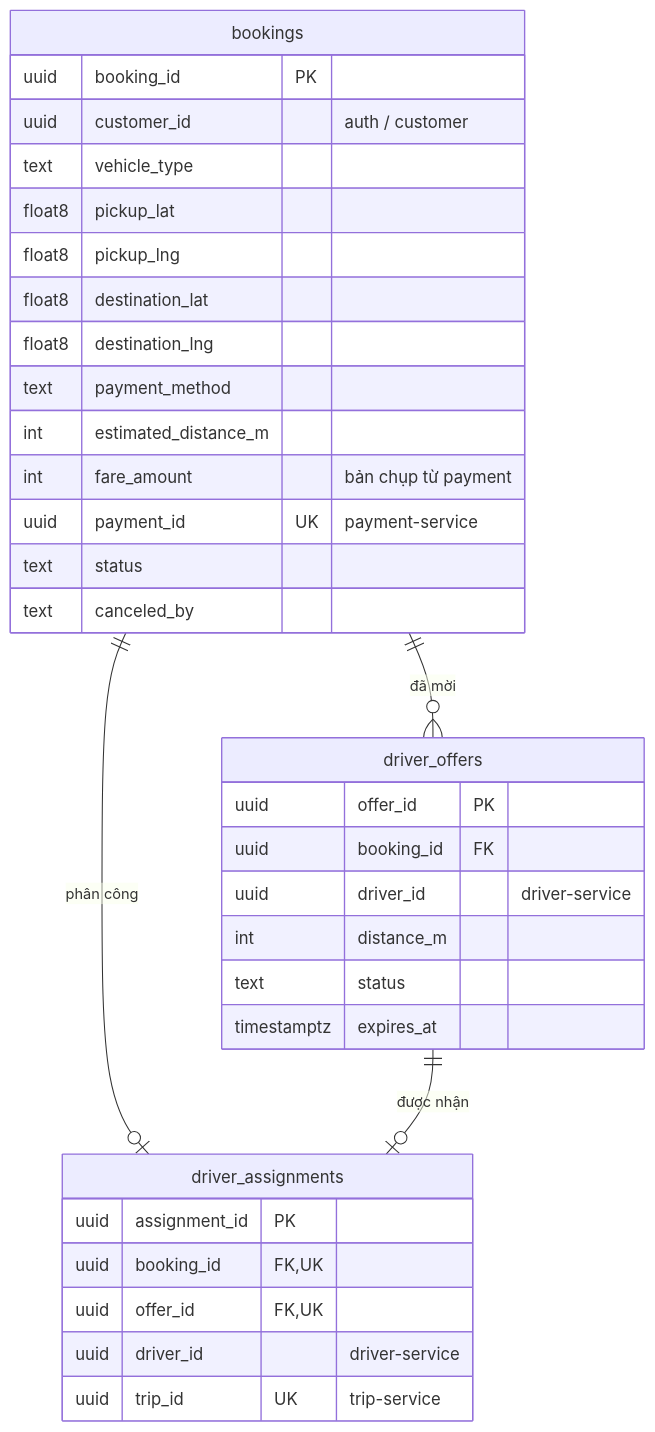
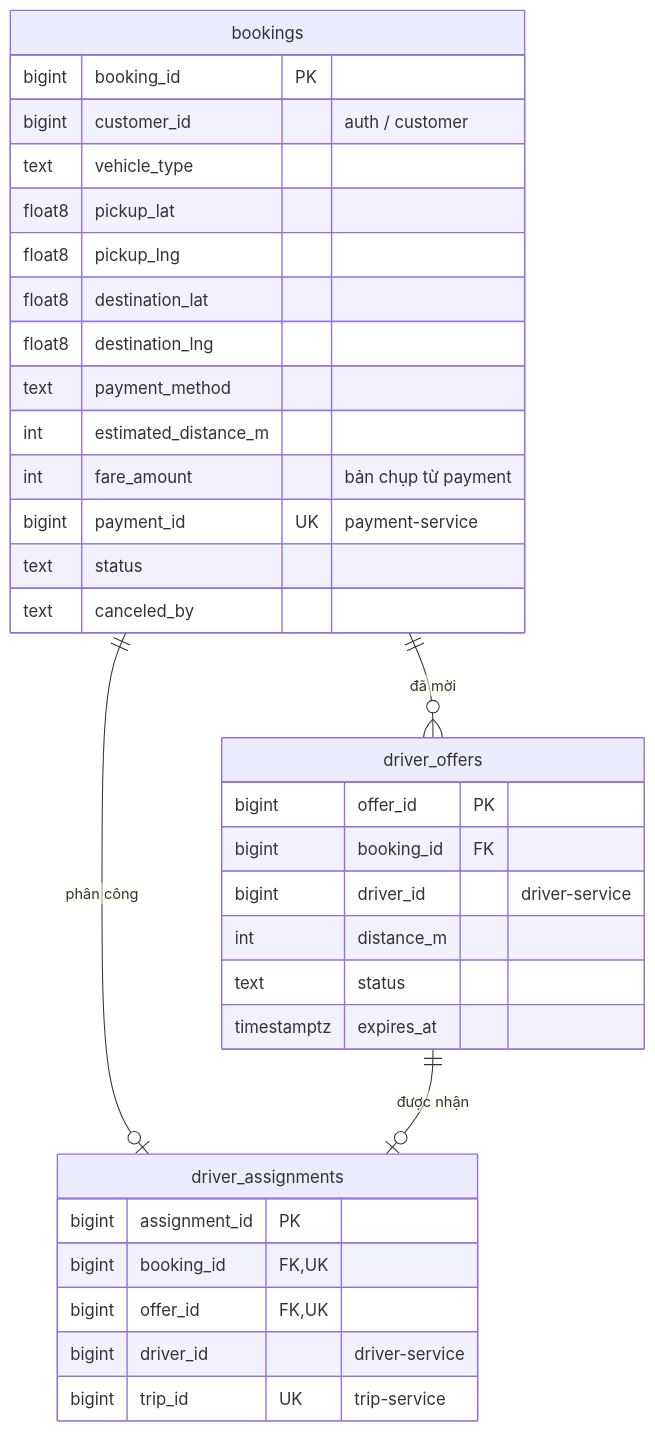
Before and after one commit to nghuuduc21/23699411_NguyenHuuDuc_CabSystem: the fourth of 8 diagrams in docs/design/03-du-lieu.md, drawn with Mermaid. The commit also changed other lines of this file and 21 other files, not shown here.

````diff
--- a/docs/design/03-du-lieu.md
+++ b/docs/design/03-du-lieu.md
@@ -331,36 +350,36 @@
 ```mermaid
 erDiagram
   bookings ||--o{ driver_offers : "đã mời"
   bookings ||--o| driver_assignments : "phân công"
   driver_offers ||--o| driver_assignments : "được nhận"
   bookings {
-    uuid booking_id PK
-    uuid customer_id "auth / customer"
+    bigint booking_id PK
+    bigint customer_id "auth / customer"
     text vehicle_type
     float8 pickup_lat
     float8 pickup_lng
     float8 destination_lat
     float8 destination_lng
     text payment_method
     int estimated_distance_m
     int fare_amount "bản chụp từ payment"
-    uuid payment_id UK "payment-service"
+    bigint payment_id UK "payment-service"
     text status
     text canceled_by
   }
   driver_offers {
-    uuid offer_id PK
-    uuid booking_id FK
-    uuid driver_id "driver-service"
+    bigint offer_id PK
+    bigint booking_id FK
+    bigint driver_id "driver-service"
     int distance_m
     text status
     timestamptz expires_at
   }
   driver_assignments {
-    uuid assignment_id PK
-    uuid booking_id FK, UK
-    uuid offer_id FK, UK
-    uuid driver_id "driver-service"
-    uuid trip_id UK "trip-service"
+    bigint assignment_id PK
+    bigint booking_id FK, UK
+    bigint offer_id FK, UK
+    bigint driver_id "driver-service"
+    bigint trip_id UK "trip-service"
   }
 ```
````
